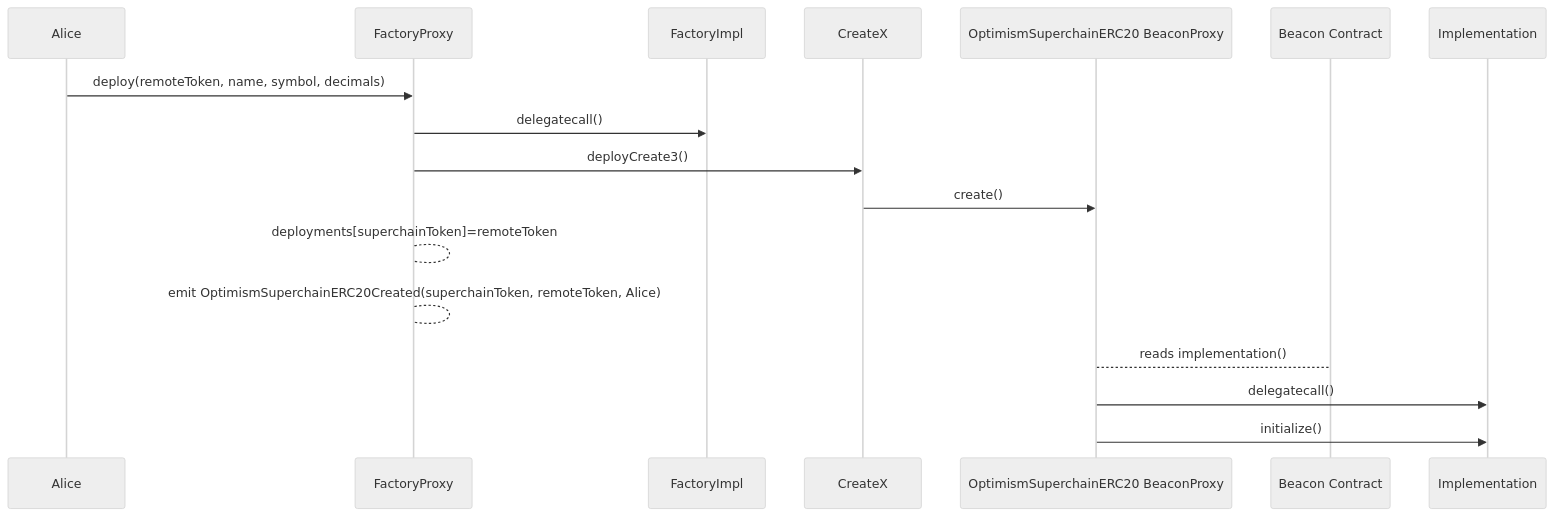
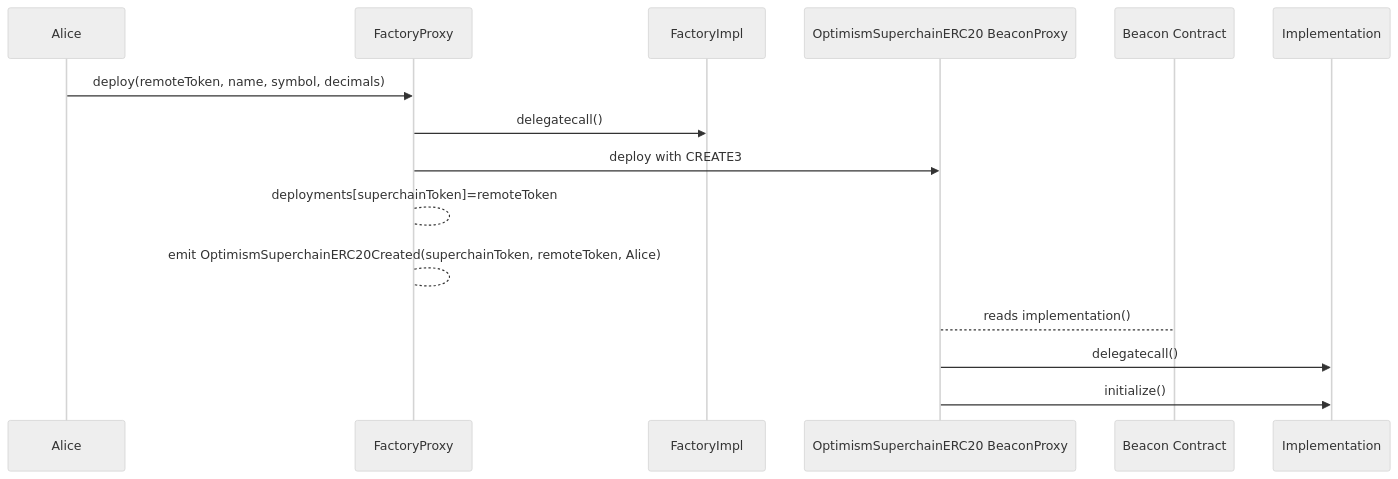
Before and after one commit to ethereum-optimism/specs: the first of 2 diagrams in specs/interop/predeploys.md, drawn with Mermaid (neutral theme). The commit also changed other lines of this file, not shown here.

Commit message:
feat: replace CREATEX for CREATE3 in OptimismSuperchainERC20Factory specs

````diff
--- a/specs/interop/predeploys.md
+++ b/specs/interop/predeploys.md
@@ -476,19 +474,17 @@
 ```mermaid
 sequenceDiagram
   participant Alice
   participant FactoryProxy
   participant FactoryImpl
-  participant CreateX
   participant BeaconProxy as OptimismSuperchainERC20 BeaconProxy
   participant Beacon Contract
   participant Implementation
   Alice->>FactoryProxy: deploy(remoteToken, name, symbol, decimals)
   FactoryProxy->>FactoryImpl: delegatecall()
-  FactoryProxy->>CreateX: deployCreate3()
-  CreateX->>BeaconProxy: create()
+  FactoryProxy->>BeaconProxy: deploy with CREATE3
   FactoryProxy-->FactoryProxy: deployments[superchainToken]=remoteToken
   FactoryProxy-->FactoryProxy: emit OptimismSuperchainERC20Created(superchainToken, remoteToken, Alice)
   BeaconProxy-->Beacon Contract: reads implementation()
   BeaconProxy->>Implementation: delegatecall()
   BeaconProxy->>Implementation: initialize()
 ```
````
